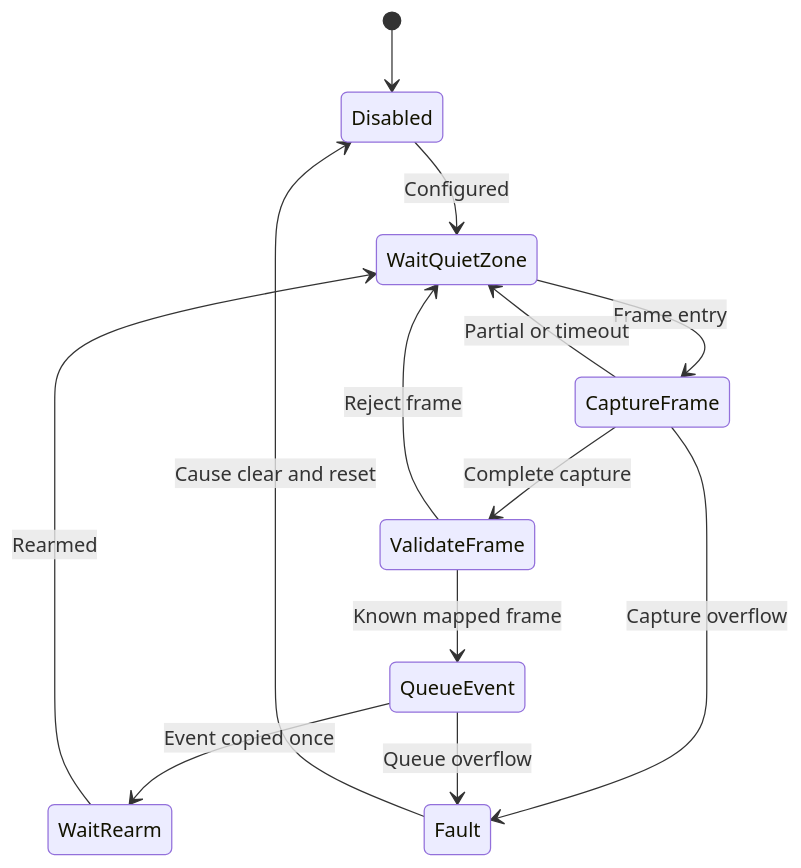
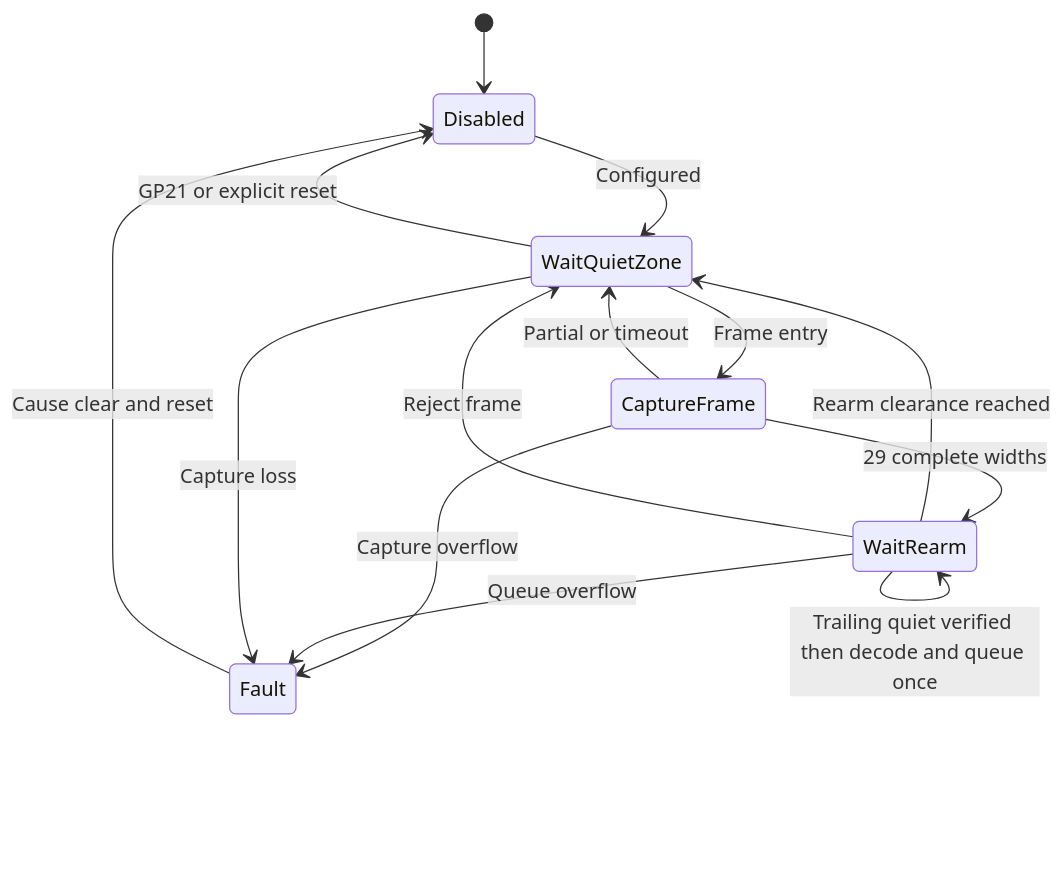
One commit to shauniee/Autonomous-Robotic-Car changed the diagram in docs/architecture/BARCODE.md. Above: the diagram before and after it, drawn with Mermaid. The commit also changed other lines of this file and 28 other files, not shown here.

````diff
--- a/docs/architecture/BARCODE.md
+++ b/docs/architecture/BARCODE.md
@@ -13,15 +15,16 @@
 ```mermaid
 stateDiagram-v2
     [*] --> Disabled
     Disabled --> WaitQuietZone: Configured
     WaitQuietZone --> CaptureFrame: Frame entry
-    CaptureFrame --> ValidateFrame: Complete capture
+    CaptureFrame --> WaitRearm: 29 complete widths
     CaptureFrame --> WaitQuietZone: Partial or timeout
-    ValidateFrame --> QueueEvent: Known mapped frame
-    ValidateFrame --> WaitQuietZone: Reject frame
-    QueueEvent --> WaitRearm: Event copied once
-    WaitRearm --> WaitQuietZone: Rearmed
+    WaitRearm --> WaitRearm: Trailing quiet verified then decode and queue once
+    WaitRearm --> WaitQuietZone: Rearm clearance reached
+    WaitRearm --> WaitQuietZone: Reject frame
     CaptureFrame --> Fault: Capture overflow
-    QueueEvent --> Fault: Queue overflow
+    WaitRearm --> Fault: Queue overflow
+    WaitQuietZone --> Fault: Capture loss
+    WaitQuietZone --> Disabled: GP21 or explicit reset
     Fault --> Disabled: Cause clear and reset
 ```
````
